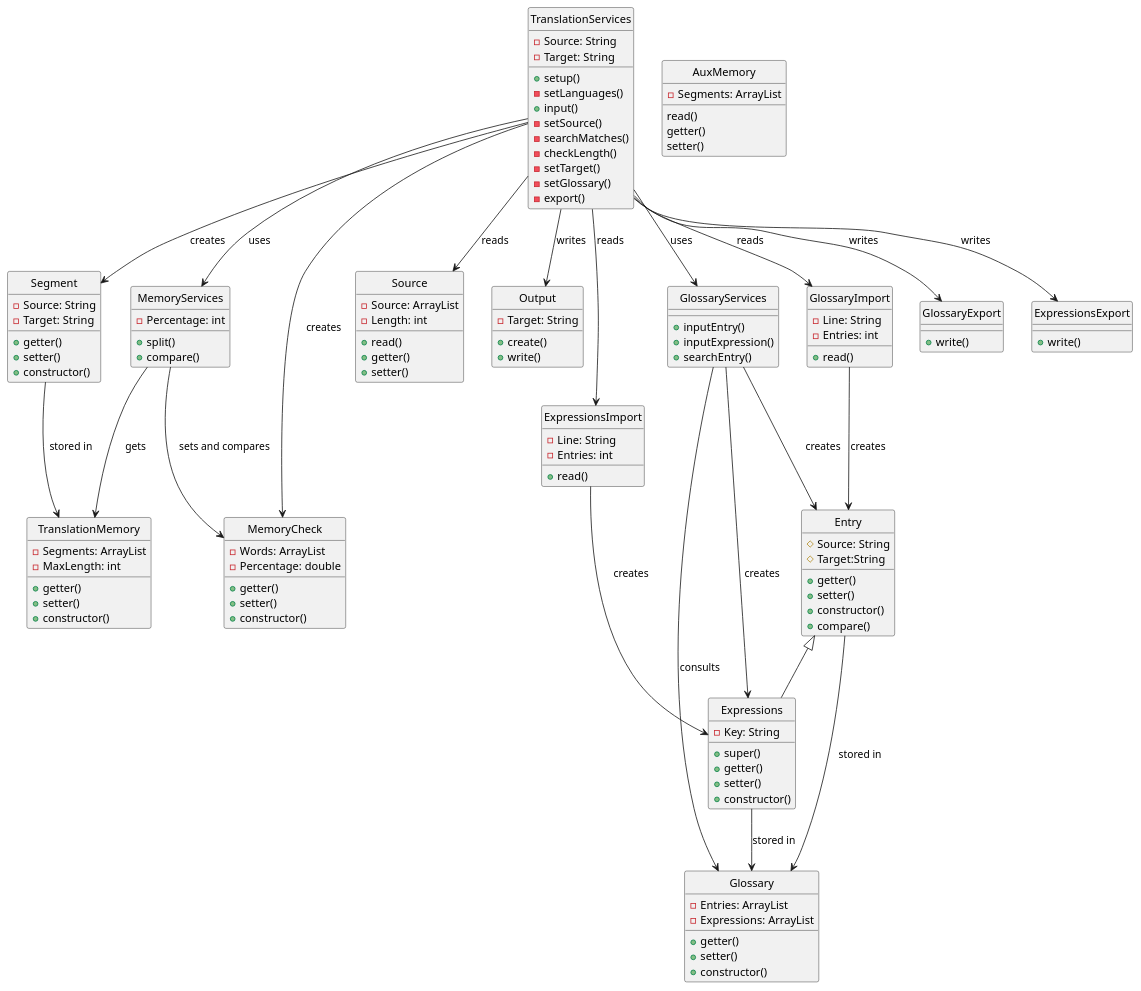
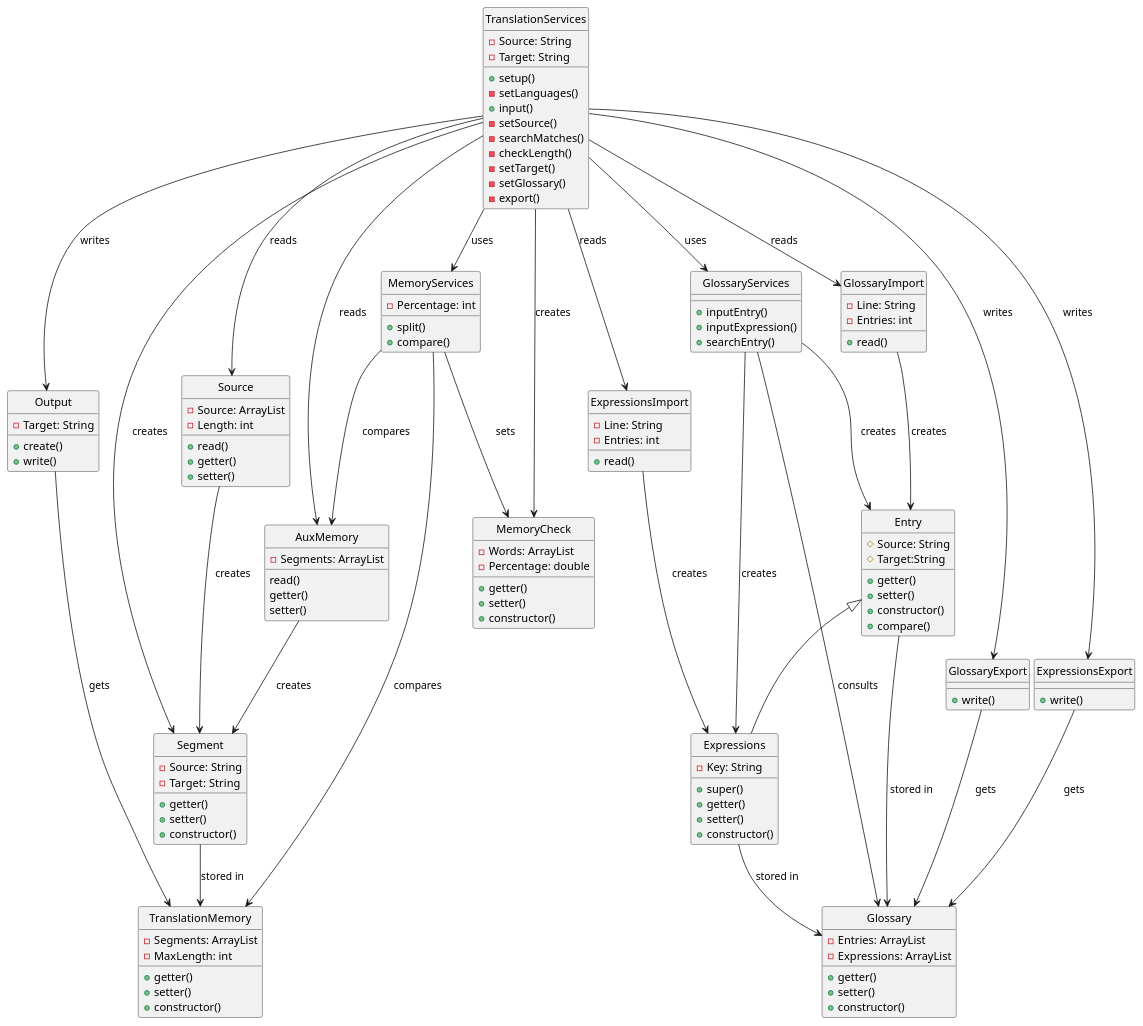
The diagram in sequence.plantuml (emiestevarena/OpenCATe), drawn with PlantUML before and after one commit. The commit also changed 4 other files, not shown here.

```diff
--- a/sequence.plantuml
+++ b/sequence.plantuml
@@ -1,142 +1,149 @@
 @startuml OpenCATe
 skinparam   Style   strictuml
 skinparam   SequenceMessageAlignment center
 
 
 class Segment{
     -Source: String
     -Target: String
     +getter()
     +setter()
     +constructor()
 }
 
 class TranslationMemory{
     -Segments: ArrayList
     -MaxLength: int
     +getter()
     +setter()
     +constructor()
 }
 
 class Entry{
     #Source: String 
     #Target:String
     +getter()
     +setter()
     +constructor()
     +compare()
 }
 
 class Expressions extends Entry{
     -Key: String
     +super()
     +getter()
     +setter()
     +constructor()
 }
 
 class Glossary{
     -Entries: ArrayList
     -Expressions: ArrayList
     +getter()
     +setter()
     +constructor()
 }
 
 class TranslationServices{
     -Source: String
     -Target: String
     +setup()
     -setLanguages()
     +input()
     -setSource()
     -searchMatches()
     -checkLength()
     -setTarget()
     -setGlossary()
     -export()
 }
 
 class Source{
     -Source: ArrayList
     -Length: int
     +read()
     +getter()
     +setter()
 }
 
 class Output{
     -Target: String
     +create()
     +write()
 }
 
 class GlossaryServices{
     +inputEntry()
     +inputExpression()
     +searchEntry()
 }
 
 class MemoryCheck{
     -Words: ArrayList
     -Percentage: double
     +getter()
     +setter()
     +constructor()
 }
 
 class MemoryServices{
     -Percentage: int
     +split()
     +compare()
 }
 
 class GlossaryImport{
     -Line: String
     -Entries: int
     +read()
 }
 
 class GlossaryExport{
     +write()
 }
 
 class ExpressionsImport{
     -Line: String
     -Entries: int
     +read()
 }
 
 class ExpressionsExport{
     +write()
 }
 
 class AuxMemory{
     -Segments: ArrayList
     read()
     getter()
     setter()
 }
 
+AuxMemory --> Segment :creates
+Entry --> Glossary :stored in
+Expressions --> Glossary :stored in
+ExpressionsExport--> Glossary :gets
+ExpressionsImport --> Expressions: creates
+GlossaryImport --> Entry: creates
+GlossaryServices --> Entry : creates
+GlossaryServices --> Expressions: creates
+GlossaryServices --> Glossary: consults
+GlossaryExport --> Glossary :gets
+MemoryServices --> MemoryCheck: sets
+MemoryServices --> TranslationMemory:compares
+MemoryServices --> AuxMemory: compares
+Output --> TranslationMemory: gets
 Segment --> TranslationMemory :stored in
-Expressions --> Glossary :stored in
-Entry --> Glossary :stored in
+Source --> Segment: creates
 TranslationServices--> Segment :creates
 TranslationServices --> Source: reads
 TranslationServices --> Output: writes
 TranslationServices --> GlossaryServices: uses
-GlossaryServices --> Entry : creates
-GlossaryServices --> Expressions: creates
-GlossaryServices --> Glossary: consults
 TranslationServices --> MemoryServices: uses
 TranslationServices --> MemoryCheck : creates
-MemoryServices --> MemoryCheck: sets and compares
-MemoryServices --> TranslationMemory: gets
-GlossaryImport --> Entry: creates
 TranslationServices --> GlossaryExport :writes
 TranslationServices --> GlossaryImport :reads
-ExpressionsImport --> Expressions: creates
 TranslationServices --> ExpressionsExport :writes
 TranslationServices --> ExpressionsImport :reads
+TranslationServices --> AuxMemory: reads
 @enduml
```
